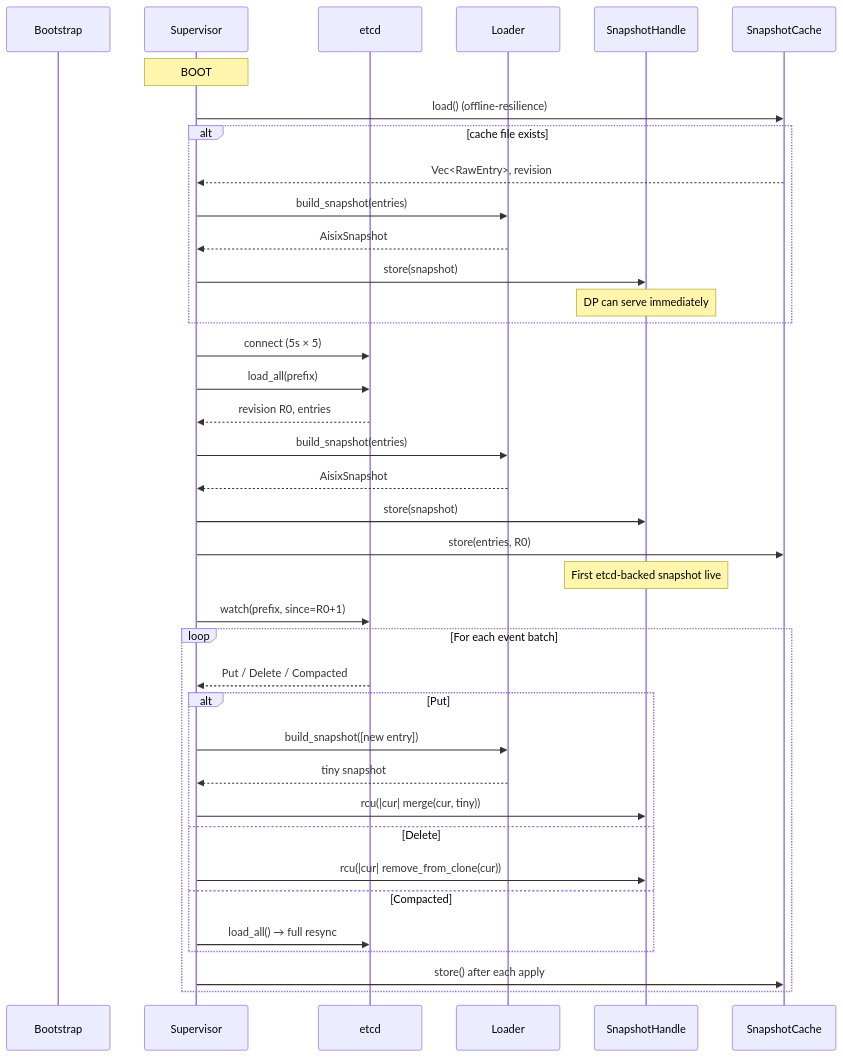
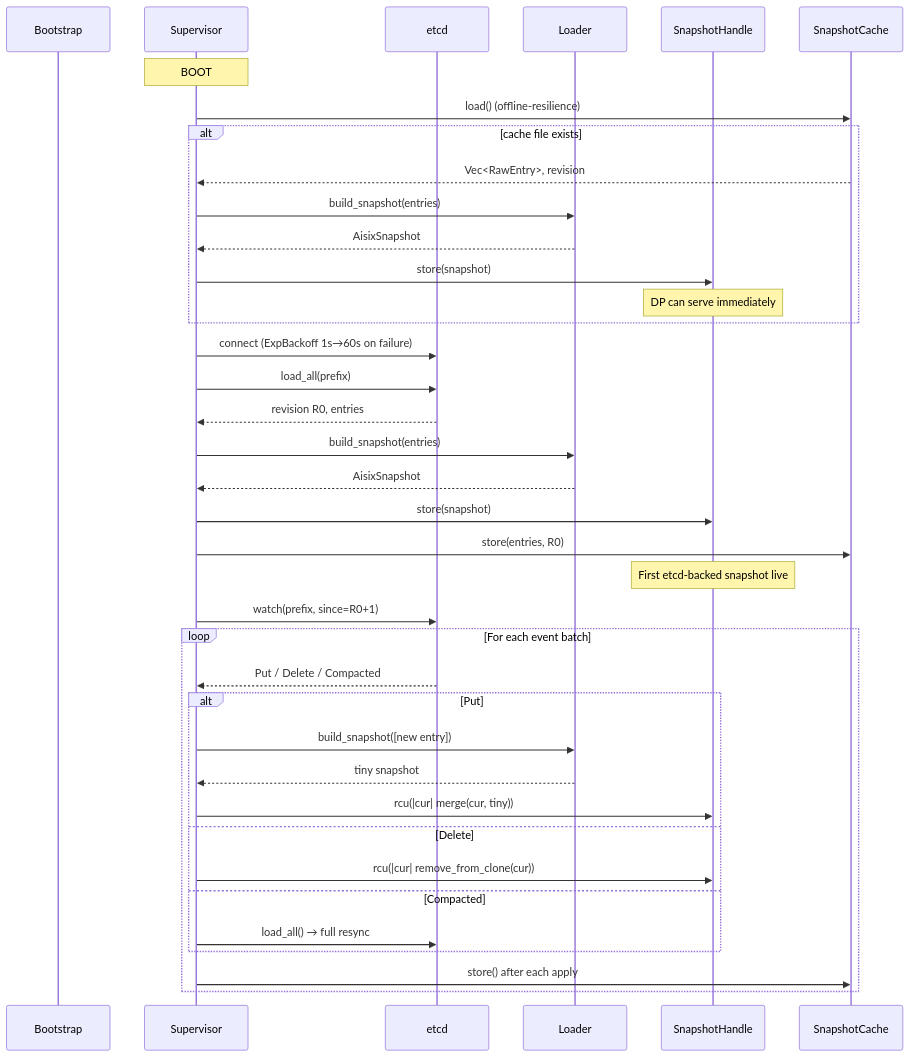
The second of 2 diagrams in docs/architecture/snapshot-and-watch.md (api7/aisix), drawn with Mermaid before and after one commit. The commit also changed other lines of this file, not shown here.

First line of the commit message:
docs(architecture): fix audit findings on snapshot-and-watch

````diff
--- a/docs/architecture/snapshot-and-watch.md
+++ b/docs/architecture/snapshot-and-watch.md
@@ -111,43 +116,43 @@
 ```mermaid
 sequenceDiagram
   participant boot as Bootstrap
   participant sup as Supervisor
   participant etcd as etcd
   participant ldr as Loader
   participant h as SnapshotHandle
   participant cache as SnapshotCache
 
   Note over sup: BOOT
   sup->>cache: load() (offline-resilience)
   alt cache file exists
     cache-->>sup: Vec<RawEntry>, revision
     sup->>ldr: build_snapshot(entries)
     ldr-->>sup: AisixSnapshot
     sup->>h: store(snapshot)
     Note over h: DP can serve immediately
   end
 
-  sup->>etcd: connect (5s × 5)
+  sup->>etcd: connect (ExpBackoff 1s→60s on failure)
   sup->>etcd: load_all(prefix)
   etcd-->>sup: revision R0, entries
   sup->>ldr: build_snapshot(entries)
   ldr-->>sup: AisixSnapshot
   sup->>h: store(snapshot)
   sup->>cache: store(entries, R0)
   Note over h: First etcd-backed snapshot live
 
   sup->>etcd: watch(prefix, since=R0+1)
   loop For each event batch
     etcd-->>sup: Put / Delete / Compacted
     alt Put
       sup->>ldr: build_snapshot([new entry])
       ldr-->>sup: tiny snapshot
       sup->>h: rcu(|cur| merge(cur, tiny))
     else Delete
       sup->>h: rcu(|cur| remove_from_clone(cur))
     else Compacted
       sup->>etcd: load_all() → full resync
     end
     sup->>cache: store() after each apply
   end
 ```
````
